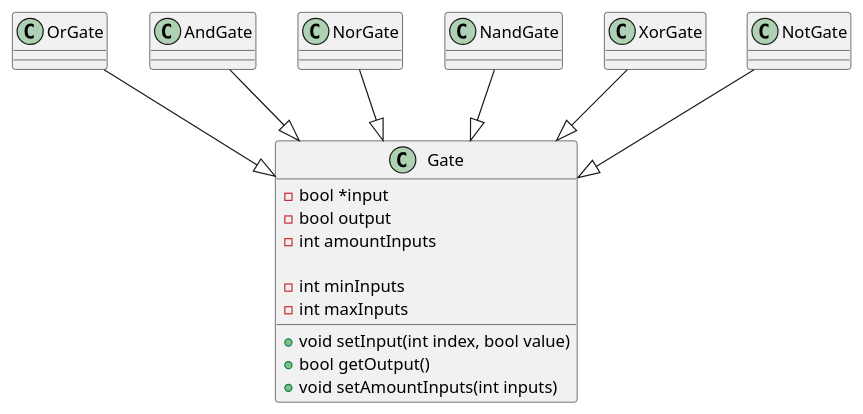
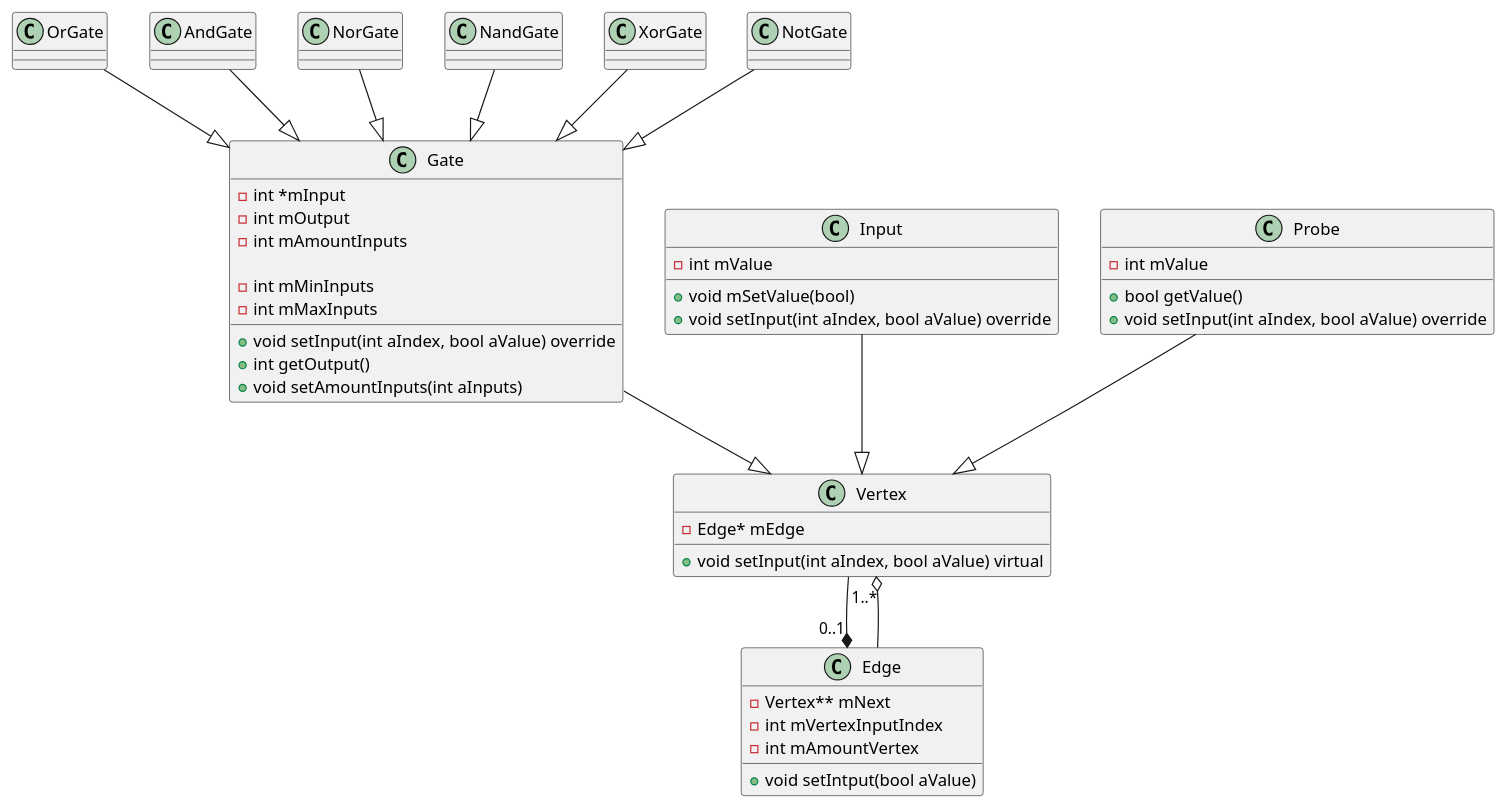
One commit to Seger01/DesignPatterns changed the diagram in diagram/classdiagram.puml. Above: the diagram before and after it, drawn with PlantUML. The commit also changed 1 other file, not shown here.

Commit message:
Fixed inputfile. Updated class diagram.

```diff
--- a/diagram/classdiagram.puml
+++ b/diagram/classdiagram.puml
@@ -1,48 +1,83 @@
 @startuml classdiagram
 
 class OrGate{
 
 }
 
 class AndGate{
 
 }
 
 class NorGate{
 
 }
 
 class NandGate{
 
 }
 
 class XorGate{
 
 }
 
 class NotGate{
 
 }
 
 class Gate{
-    - bool *input
-    - bool output
-    - int amountInputs
+    - int *mInput
+    - int mOutput
+    - int mAmountInputs
 
-    - int minInputs
-    - int maxInputs    
+    - int mMinInputs
+    - int mMaxInputs    
 
-    + void setInput(int index, bool value)
-    + bool getOutput()
-    + void setAmountInputs(int inputs)
+    + void setInput(int aIndex, bool aValue) override
+    + int getOutput()
+    + void setAmountInputs(int aInputs)
+}
 
+class Vertex {
+    - Edge* mEdge
 
+    + void setInput(int aIndex, bool aValue) virtual
+}
+
+class Edge{
+    - Vertex** mNext
+    - int mVertexInputIndex
+    - int mAmountVertex
+
+    + void setIntput(bool aValue)
+}
+
+class Input{
+    - int mValue
+
+    + void mSetValue(bool)
+    + void setInput(int aIndex, bool aValue) override
+
+}
+
+class Probe{
+    - int mValue
+
+    + bool getValue()
+    + void setInput(int aIndex, bool aValue) override
 }
 
 OrGate --|> Gate
 NorGate --|> Gate
 AndGate --|> Gate
 NandGate --|> Gate
 XorGate --|> Gate
 NotGate --|> Gate
+
+Gate --|> Vertex
+Input --|> Vertex
+Probe --|> Vertex
+
+Vertex --* "0..1" Edge
+Edge --o "1..*" Vertex
+
 @enduml
```
